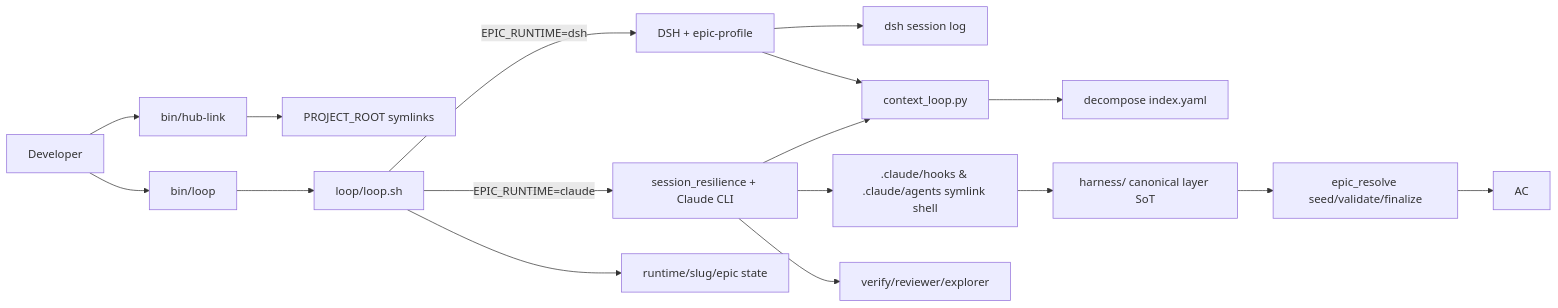
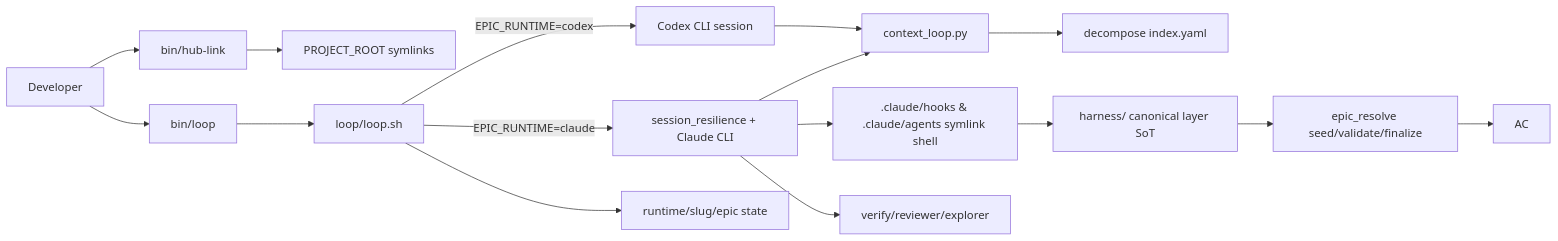
Before and after one commit to aeroalgo/dev-hub: the diagram in memory-bank/architecture/services.md, drawn with Mermaid. The commit also changed other lines of this file and 213 other files, not shown here.

````diff
--- a/memory-bank/architecture/services.md
+++ b/memory-bank/architecture/services.md
@@ -32,19 +31,18 @@
 ```mermaid
 flowchart LR
   Dev[Developer] --> BinLoop[bin/loop]
   Dev --> HubLink[bin/hub-link]
   HubLink --> ProdTree[PROJECT_ROOT symlinks]
   BinLoop --> LoopSh[loop/loop.sh]
   LoopSh -->|EPIC_RUNTIME=claude| Sess[session_resilience + Claude CLI]
-  LoopSh -->|EPIC_RUNTIME=dsh| DSH[DSH + epic-profile]
-  DSH --> SessLog[dsh session log]
-  DSH --> Ctx[context_loop.py]
+  LoopSh -->|EPIC_RUNTIME=codex| CodexSess[Codex CLI session]
+  CodexSess --> Ctx[context_loop.py]
   Sess --> Ctx[context_loop.py]
   Ctx --> Idx[decompose index.yaml]
   LoopSh --> RT[runtime/slug/epic state]
   Sess --> Shells[.claude/hooks & .claude/agents symlink shell]
   Shells --> Harness[harness/ canonical layer SoT]
   Sess --> Gates[verify/reviewer/explorer]
   Harness --> EpicRes[epic_resolve seed/validate/finalize]
   EpicRes --> AC
 ```
````
